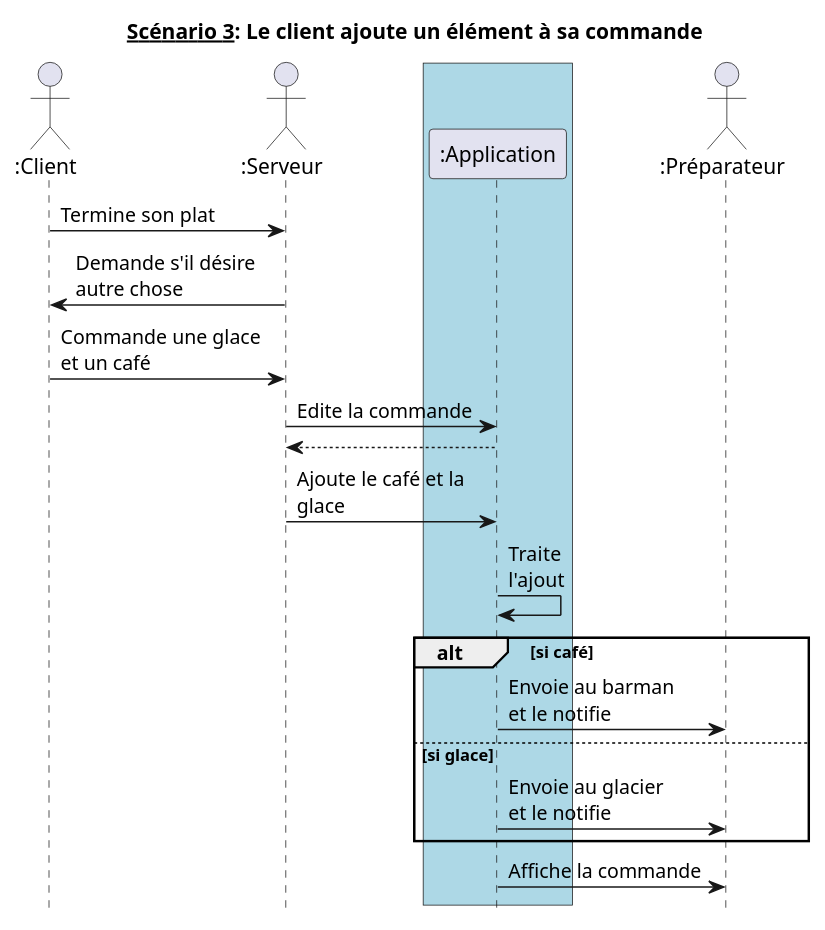
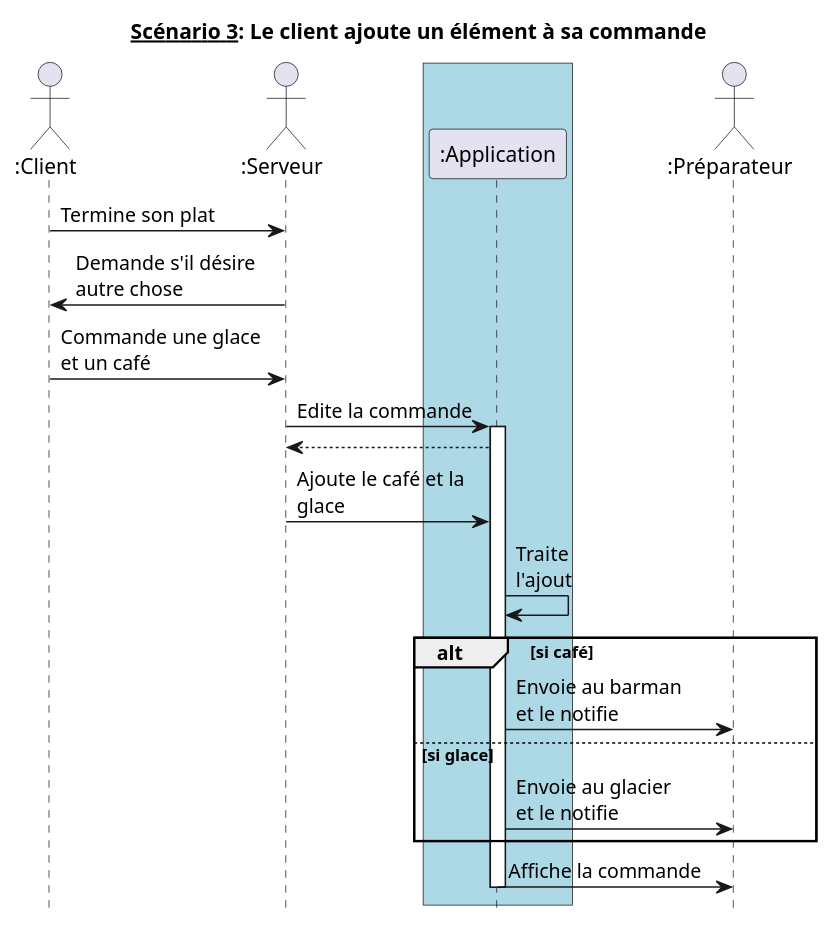
The diagram in diagrammes_sequences/ds3.md (hulskenA/GL-Les_seigneurs_du_resto), drawn with PlantUML before and after one commit. The commit also changed 15 other files, not shown here.

````diff
--- a/diagrammes_sequences/ds3.md
+++ b/diagrammes_sequences/ds3.md
@@ -1,32 +1,34 @@
 ```puml
 @startuml
 hide footbox
 title __Scénario 3__: Le client ajoute un élément à sa commande
 
 actor ":Client" as client order 10
 actor ":Serveur" as serveur order 20
 actor ":Préparateur" as preparateur order 30
 box #Lightblue
     participant ":Application" as app order 20
 endbox
 
 client -> serveur : Termine son plat
 client <- serveur : Demande s'il désire\nautre chose
 client -> serveur : Commande une glace\net un café
 
 serveur -> app : Edite la commande
+activate app
 serveur <-- app
 serveur -> app : Ajoute le café et la\nglace
 
 app -> app : Traite\nl'ajout
 
 alt si café
     app -> preparateur : Envoie au barman\net le notifie
 else si glace
     app -> preparateur : Envoie au glacier\net le notifie
 end
 
 app -> preparateur : Affiche la commande
+deactivate app
 
 @enduml
 ```
````
